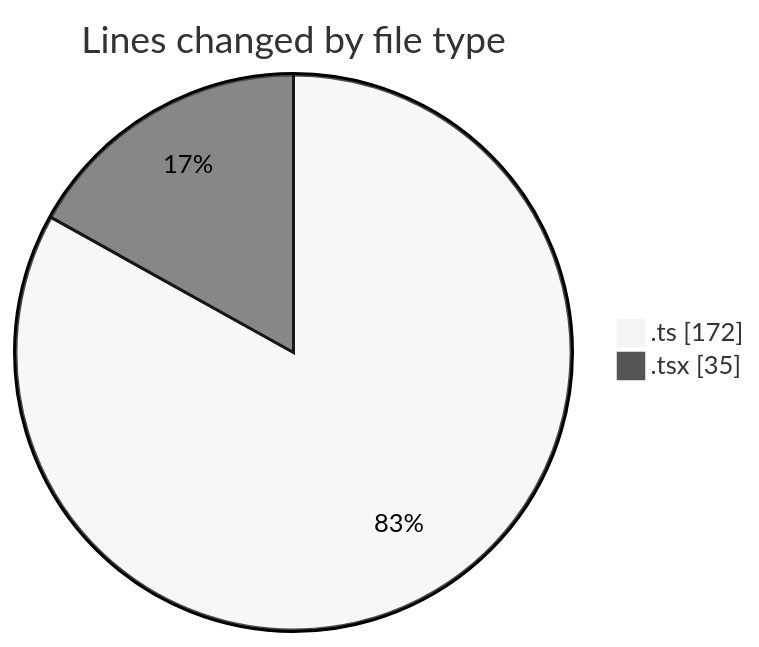
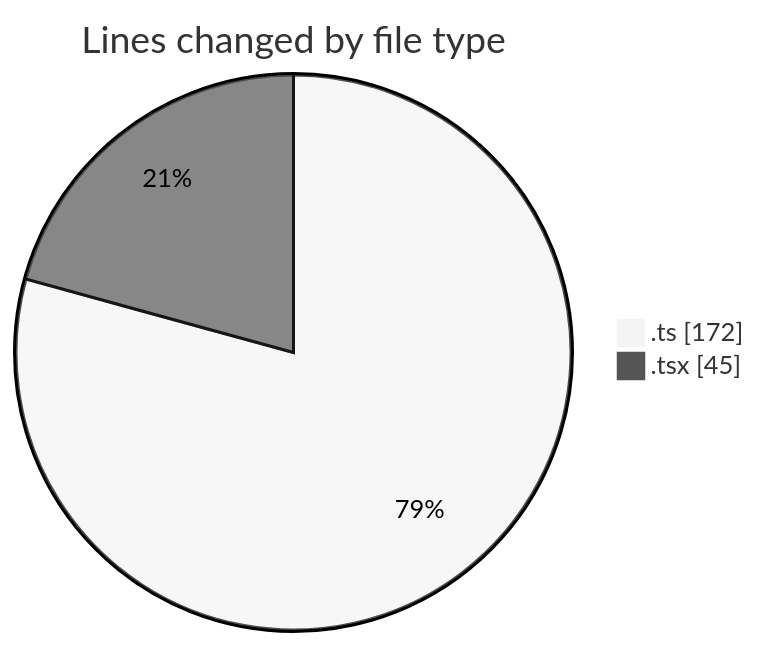
One commit to julien-gomy/code-tracking changed the first of 2 diagrams in 2025-11-26/eventscop-frontend-guide__workspace_/README.md. Above: the diagram before and after it, drawn with Mermaid (neutral theme). The commit also changed other lines of this file and 1 other file, not shown here.

````diff
--- a/2025-11-26/eventscop-frontend-guide__workspace_/README.md
+++ b/2025-11-26/eventscop-frontend-guide__workspace_/README.md
@@ -22,6 +22,6 @@
 ```mermaid
 pie showData
 title Lines changed by file type
 ".ts" : 172
-".tsx" : 35
+".tsx" : 45
 ```
````
